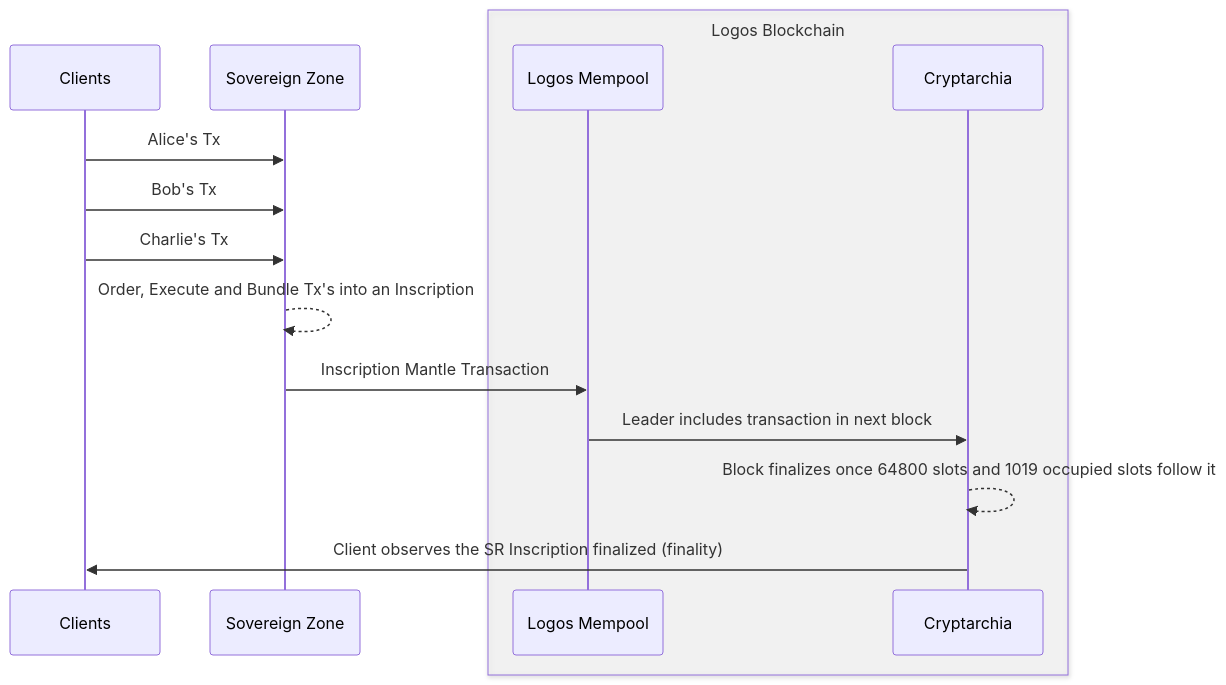
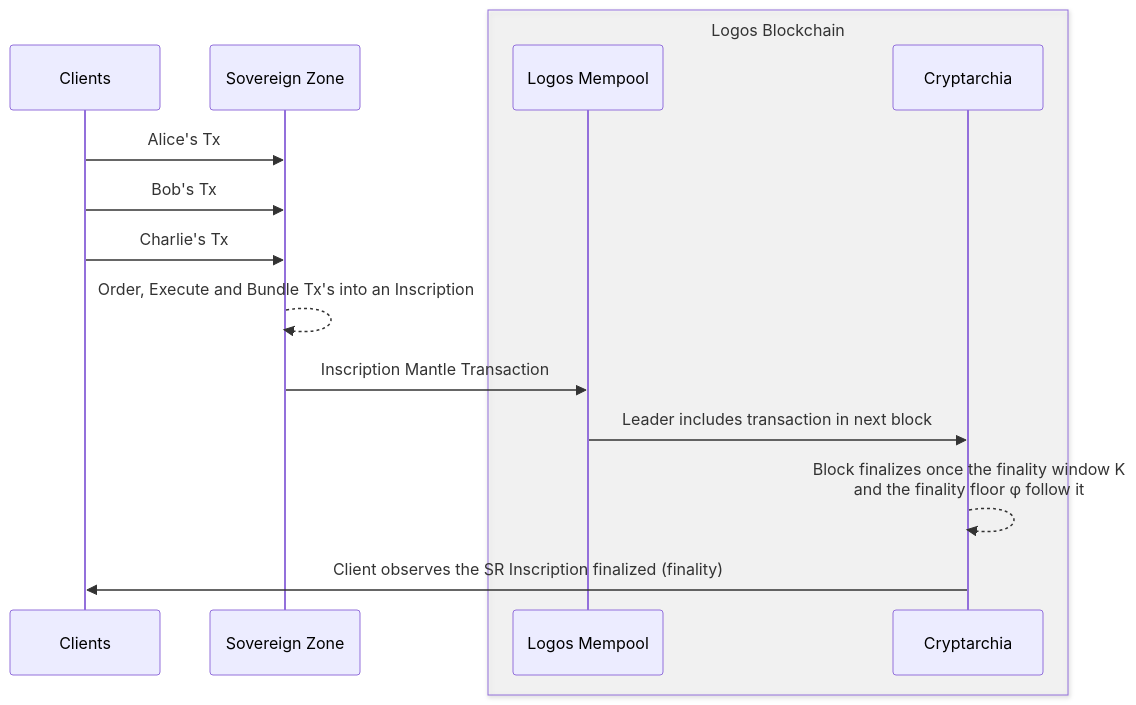
One commit to logos-co/logos-lips changed the diagram in docs/blockchain/raw/bedrock-architecture-overview.md. Above: the diagram before and after it, drawn with Mermaid. The commit also changed other lines of this file and 4 other files, not shown here.

````diff
--- a/docs/blockchain/raw/bedrock-architecture-overview.md
+++ b/docs/blockchain/raw/bedrock-architecture-overview.md
@@ -75,20 +75,20 @@
 ```mermaid
 sequenceDiagram
     participant C as Clients
 
     participant SZ as Sovereign Zone
 
         box rgba(255,255,255,0.3) Logos Blockchain
             participant Mempool as Logos Mempool
             participant Cryptarchia
         end
 
     C->>SZ: Alice's Tx
     C->>SZ: Bob's Tx
     C->>SZ: Charlie's Tx
     SZ-->>SZ: Order, Execute and Bundle Tx's into an Inscription
     SZ ->> Mempool: Inscription Mantle Transaction
     Mempool ->> Cryptarchia: Leader includes transaction in next block
-    Cryptarchia -->> Cryptarchia: Block finalizes once 64800 slots and 1019 occupied slots follow it
+    Cryptarchia -->> Cryptarchia: Block finalizes once the finality window K<br/>and the finality floor φ follow it
     Cryptarchia ->> C: Client observes the SR Inscription finalized (finality)
 ```
````
